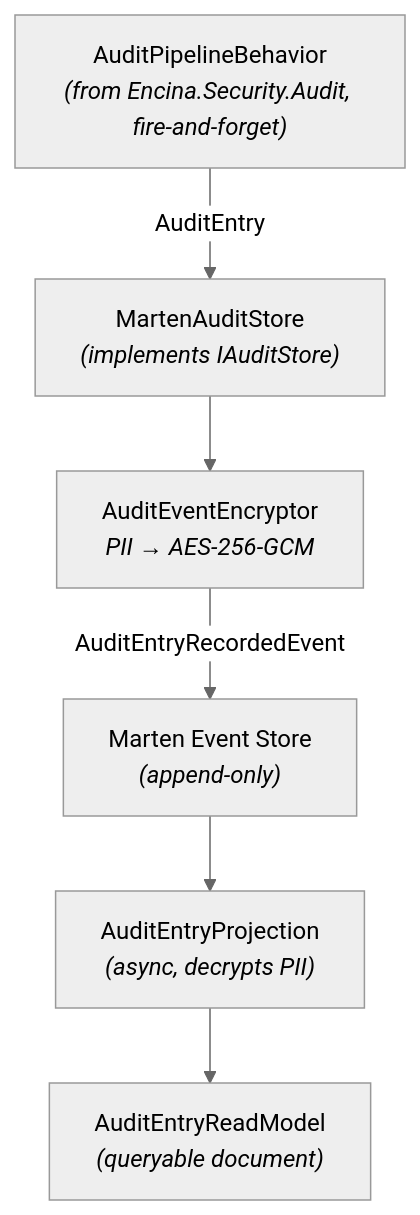
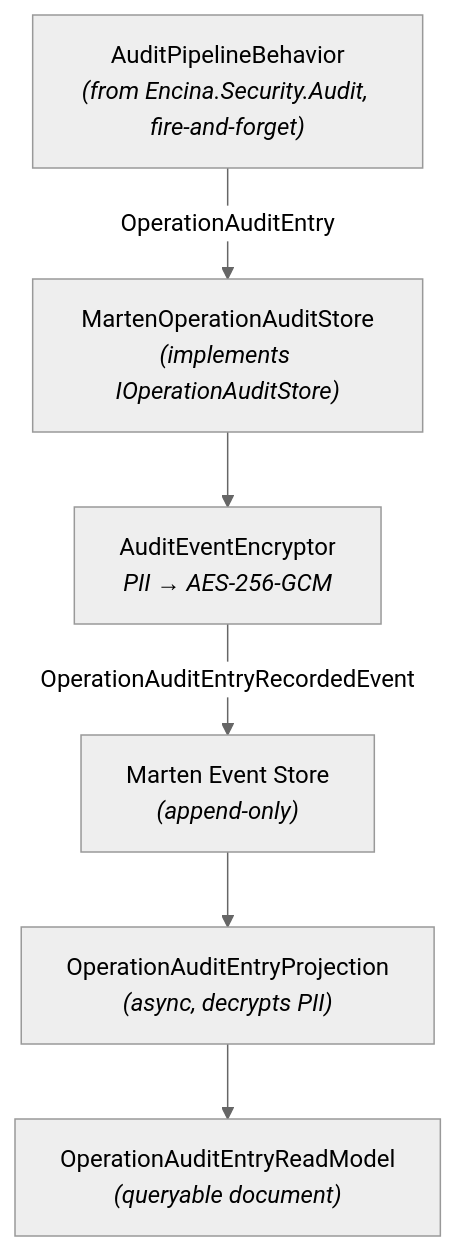
One commit to dlrivada/Encina changed the diagram in docs/features/audit-marten.md. Above: the diagram before and after it, drawn with Mermaid (neutral theme). The commit also changed other lines of this file and 22 other files, not shown here.

Commit message:
docs(audit): rename the operation audit store identifiers per ADR-036 (#1633)

````diff
--- a/docs/features/audit-marten.md
+++ b/docs/features/audit-marten.md
@@ -28,15 +28,15 @@
 ```mermaid
 flowchart TD
     A["AuditPipelineBehavior<br/><i>(from Encina.Security.Audit, fire-and-forget)</i>"]
-    B["MartenAuditStore<br/><i>(implements IAuditStore)</i>"]
+    B["MartenOperationAuditStore<br/><i>(implements IOperationAuditStore)</i>"]
     C["AuditEventEncryptor<br/><i>PII → AES-256-GCM</i>"]
     D["Marten Event Store<br/><i>(append-only)</i>"]
-    E["AuditEntryProjection<br/><i>(async, decrypts PII)</i>"]
-    F["AuditEntryReadModel<br/><i>(queryable document)</i>"]
+    E["OperationAuditEntryProjection<br/><i>(async, decrypts PII)</i>"]
+    F["OperationAuditEntryReadModel<br/><i>(queryable document)</i>"]
 
-    A -- "AuditEntry" --> B
+    A -- "OperationAuditEntry" --> B
     B --> C
-    C -- "AuditEntryRecordedEvent" --> D
+    C -- "OperationAuditEntryRecordedEvent" --> D
     D --> E
     E --> F
 ```
````
